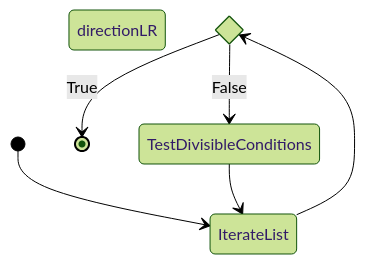
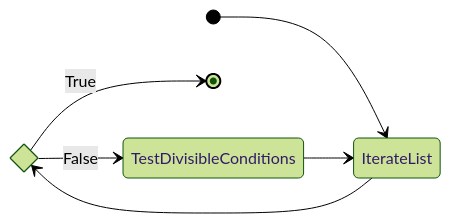
Before and after one commit to carteras/IT-CBR: the eighth of 9 diagrams in cookbook/SDLC/Boxes and Arrows/boxes_and_arrows_fun.md, drawn with Mermaid (forest theme).

````diff
--- a/cookbook/SDLC/Boxes and Arrows/boxes_and_arrows_fun.md
+++ b/cookbook/SDLC/Boxes and Arrows/boxes_and_arrows_fun.md
@@ -117,10 +117,10 @@
 ```mermaid
   stateDiagram
-    directionLR
+    direction LR
       state list_finished <<choice>>
       [*] --> IterateList
       IterateList --> list_finished
       list_finished --> [*]: True
       list_finished --> TestDivisibleConditions: False
       TestDivisibleConditions --> IterateList    
 ```
````
